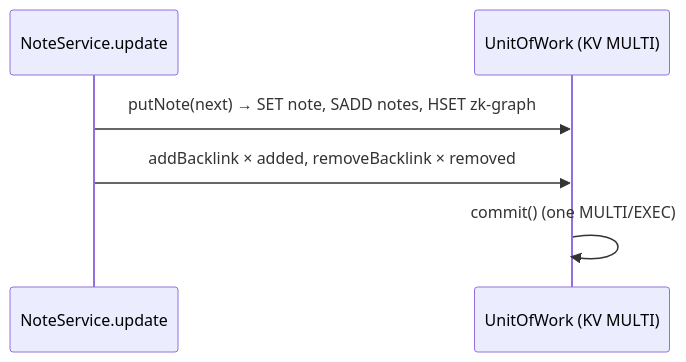
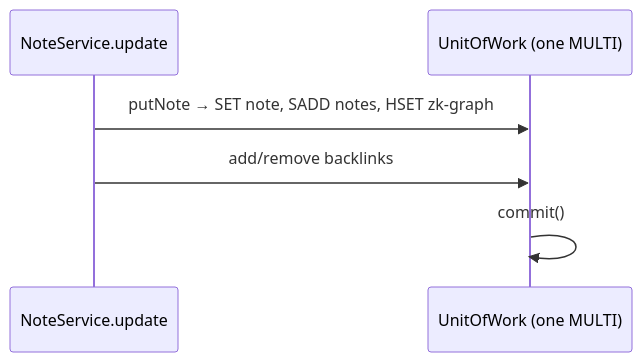
One commit to Parthgrow/revision-app changed the fourth of 4 diagrams in docs/zettelkasten-graph-lld.md. Above: the diagram before and after it, drawn with Mermaid. The commit also changed other lines of this file, not shown here.

First line of the commit message:
docs(zk): narrow graph design to the whole-collection view

````diff
--- a/docs/zettelkasten-graph-lld.md
+++ b/docs/zettelkasten-graph-lld.md
@@ -356,8 +270,8 @@
 ```mermaid
 sequenceDiagram
   participant S as NoteService.update
-  participant W as UnitOfWork (KV MULTI)
-  S->>W: putNote(next)      → SET note, SADD notes, HSET zk-graph
-  S->>W: addBacklink × added, removeBacklink × removed
-  W->>W: commit()           (one MULTI/EXEC)
+  participant W as UnitOfWork (one MULTI)
+  S->>W: putNote → SET note, SADD notes, HSET zk-graph
+  S->>W: add/remove backlinks
+  W->>W: commit()
 ```
````
